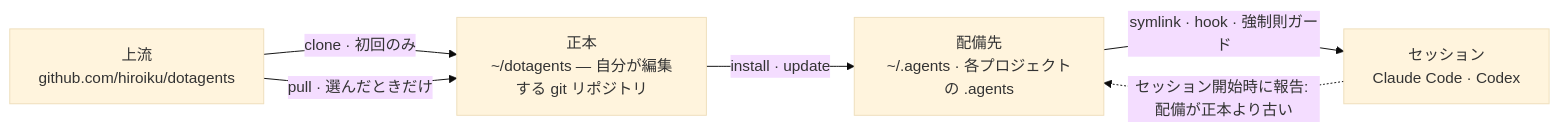
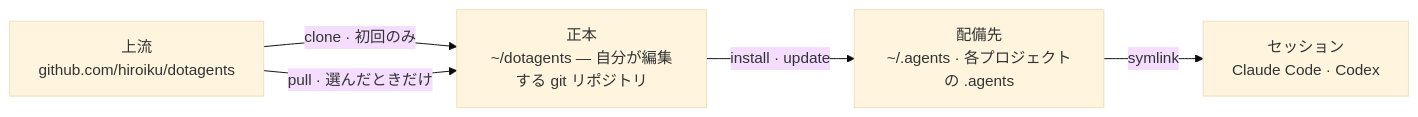
The diagram in docs/README.ja.md (hiroiku/dotagents), drawn with Mermaid (base theme) before and after one commit. The commit also changed other lines of this file and 25 other files, not shown here.

````diff
--- a/docs/README.ja.md
+++ b/docs/README.ja.md
@@ -18,12 +18,11 @@
 ```mermaid
 flowchart LR
     UP["上流<br>github.com/hiroiku/dotagents"]
     C["正本<br>~/dotagents — 自分が編集する git リポジトリ"]
     A["配備先<br>~/.agents · 各プロジェクトの .agents"]
     S["セッション<br>Claude Code · Codex"]
     UP -->|"clone · 初回のみ"| C
     UP -->|"pull · 選んだときだけ"| C
     C -->|"install · update"| A
-    A -->|"symlink · hook · 強制則ガード"| S
-    S -.->|"セッション開始時に報告: 配備が正本より古い"| A
+    A -->|"symlink"| S
 ```
````
